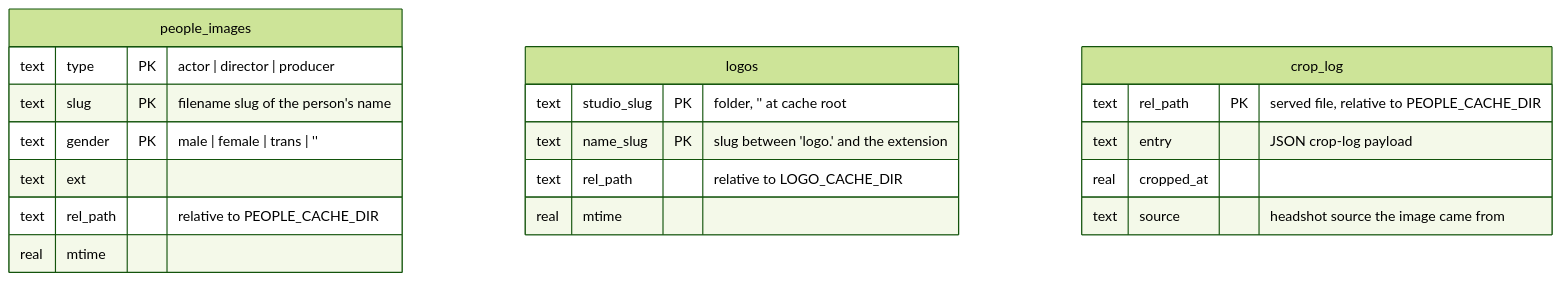
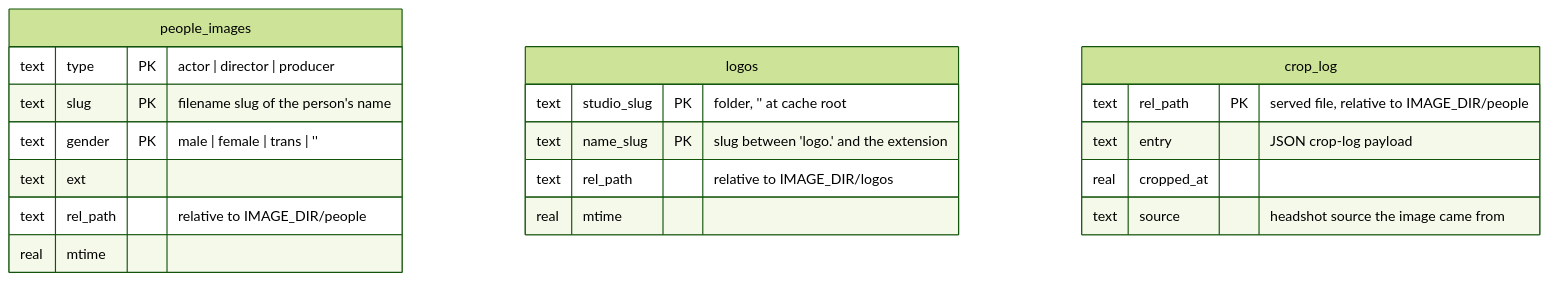
One commit to PhoenixAdultProvider/PhoenixAdult changed the second of 2 diagrams in docs/database.md. Above: the diagram before and after it, drawn with Mermaid (forest theme). The commit also changed other lines of this file and 18 other files, not shown here.

First line of the commit message:
refactor(config): fold PEOPLE_CACHE_DIR and LOGO_CACHE_DIR into IMAGE_DIR

````diff
--- a/docs/database.md
+++ b/docs/database.md
@@ -262,23 +262,23 @@
 ```mermaid
 erDiagram
   people_images {
     text type PK "actor | director | producer"
     text slug PK "filename slug of the person's name"
     text gender PK "male | female | trans | ''"
     text ext
-    text rel_path "relative to PEOPLE_CACHE_DIR"
+    text rel_path "relative to IMAGE_DIR/people"
     real mtime
   }
   logos {
     text studio_slug PK "folder, '' at cache root"
     text name_slug PK "slug between 'logo.' and the extension"
-    text rel_path "relative to LOGO_CACHE_DIR"
+    text rel_path "relative to IMAGE_DIR/logos"
     real mtime
   }
   crop_log {
-    text rel_path PK "served file, relative to PEOPLE_CACHE_DIR"
+    text rel_path PK "served file, relative to IMAGE_DIR/people"
     text entry "JSON crop-log payload"
     real cropped_at
     text source "headshot source the image came from"
   }
 ```
````
